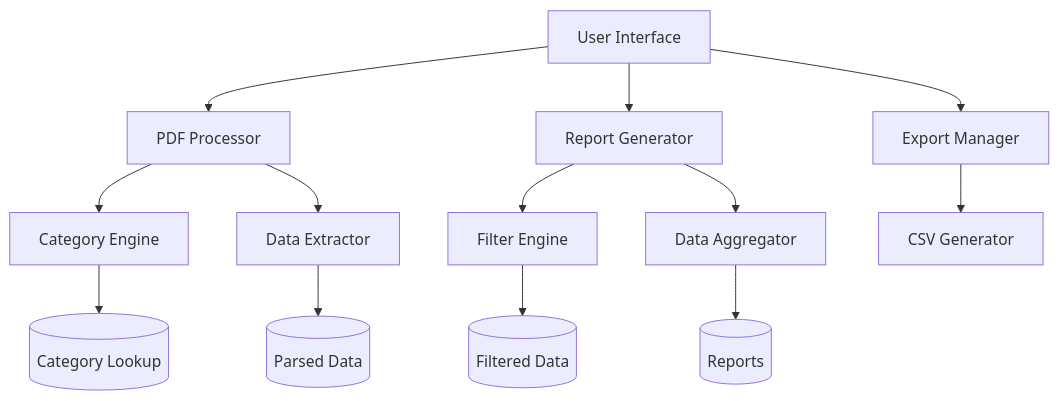
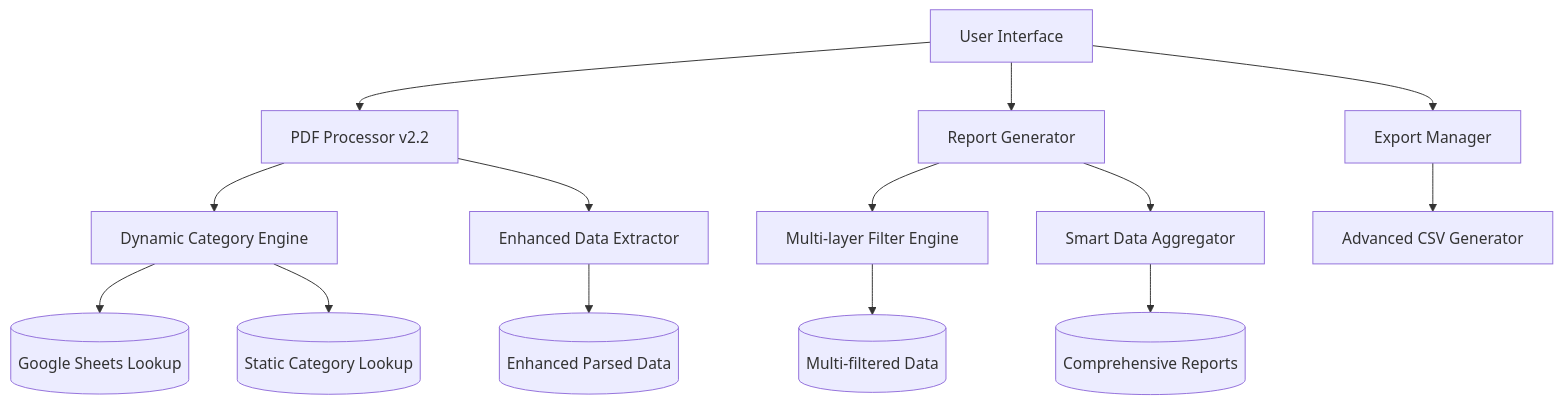
One commit to j1me/ZapSlip changed the diagram in docs/README.md. Above: the diagram before and after it, drawn with Mermaid. The commit also changed other lines of this file and 20 other files, not shown here.

First line of the commit message:
Enhanced detailed breakdown export with region extraction

````diff
--- a/docs/README.md
+++ b/docs/README.md
@@ -26,19 +28,20 @@
 ```mermaid
 graph TD
-    UI[User Interface] --> PDFProcessor[PDF Processor]
+    UI[User Interface] --> PDFProcessor[PDF Processor v2.2]
     UI --> ReportGenerator[Report Generator]
     UI --> ExportManager[Export Manager]
     
-    PDFProcessor --> CategoryEngine[Category Engine]
-    PDFProcessor --> DataExtractor[Data Extractor]
+    PDFProcessor --> CategoryEngine[Dynamic Category Engine]
+    PDFProcessor --> DataExtractor[Enhanced Data Extractor]
     
-    ReportGenerator --> FilterEngine[Filter Engine]
-    ReportGenerator --> DataAggregator[Data Aggregator]
+    ReportGenerator --> FilterEngine[Multi-layer Filter Engine]
+    ReportGenerator --> DataAggregator[Smart Data Aggregator]
     
-    ExportManager --> CSVGenerator[CSV Generator]
+    ExportManager --> CSVGenerator[Advanced CSV Generator]
     
-    CategoryEngine --> CategoryLookup[(Category Lookup)]
-    DataExtractor --> ParsedData[(Parsed Data)]
-    FilterEngine --> FilteredData[(Filtered Data)]
-    DataAggregator --> Reports[(Reports)]
+    CategoryEngine --> GoogleSheets[(Google Sheets Lookup)]
+    CategoryEngine --> StaticLookup[(Static Category Lookup)]
+    DataExtractor --> ParsedData[(Enhanced Parsed Data)]
+    FilterEngine --> FilteredData[(Multi-filtered Data)]
+    DataAggregator --> Reports[(Comprehensive Reports)]
 ```
````
